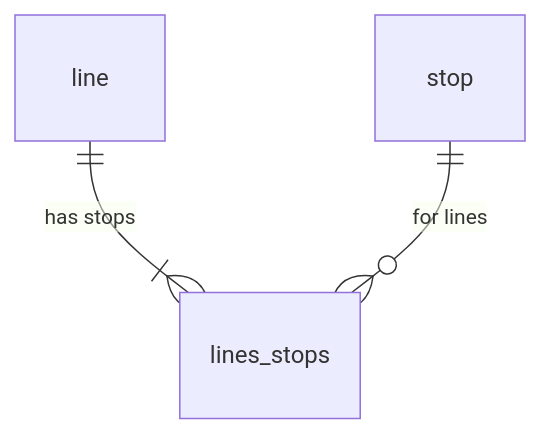
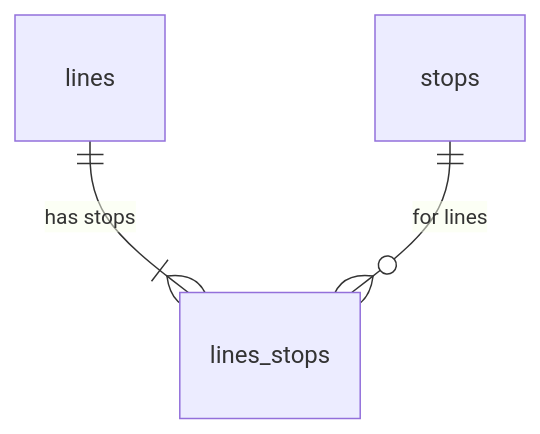
One commit to openstreetmap-si/bus-routes-osm-lpp changed the diagram in README.md. Above: the diagram before and after it, drawn with Mermaid.

Commit message:
Pluralized ER diagram to match CSV

````diff
--- a/README.md
+++ b/README.md
@@ -11,5 +11,5 @@
 ```mermaid
 erDiagram
-          line ||--|{ lines_stops : "has stops"
-          stop ||--o{ lines_stops : "for lines"
+          lines ||--|{ lines_stops : "has stops"
+          stops ||--o{ lines_stops : "for lines"
 ```
````
